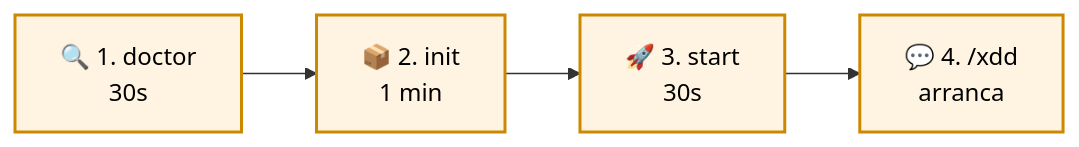
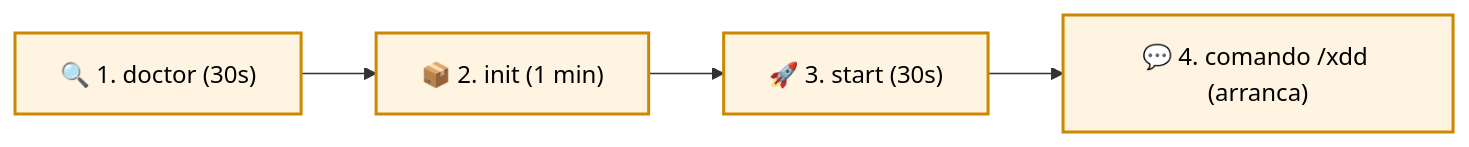
The second of 10 diagrams in README.md (Cucholambr3ta/x-dd), drawn with Mermaid before and after one commit. The commit also changed other lines of this file and 2 other files, not shown here.

First line of the commit message:
fix(readme): i18n multi-idioma + español neutro + Mermaid nodes quoted

````diff
--- a/README.md
+++ b/README.md
@@ -126,9 +127,9 @@
 ```mermaid
 flowchart LR
-    A[🔍 1. doctor<br/>30s] --> B[📦 2. init<br/>1 min]
-    B --> C[🚀 3. start<br/>30s]
-    C --> D[💬 4. /xdd<br/>arranca]
+    A["🔍 1. doctor (30s)"] --> B["📦 2. init (1 min)"]
+    B --> C["🚀 3. start (30s)"]
+    C --> D["💬 4. comando /xdd (arranca)"]
 
     classDef step fill:#fff4e1,stroke:#cc8800,color:#000,stroke-width:2px
     class A,B,C,D step
 ```
````
